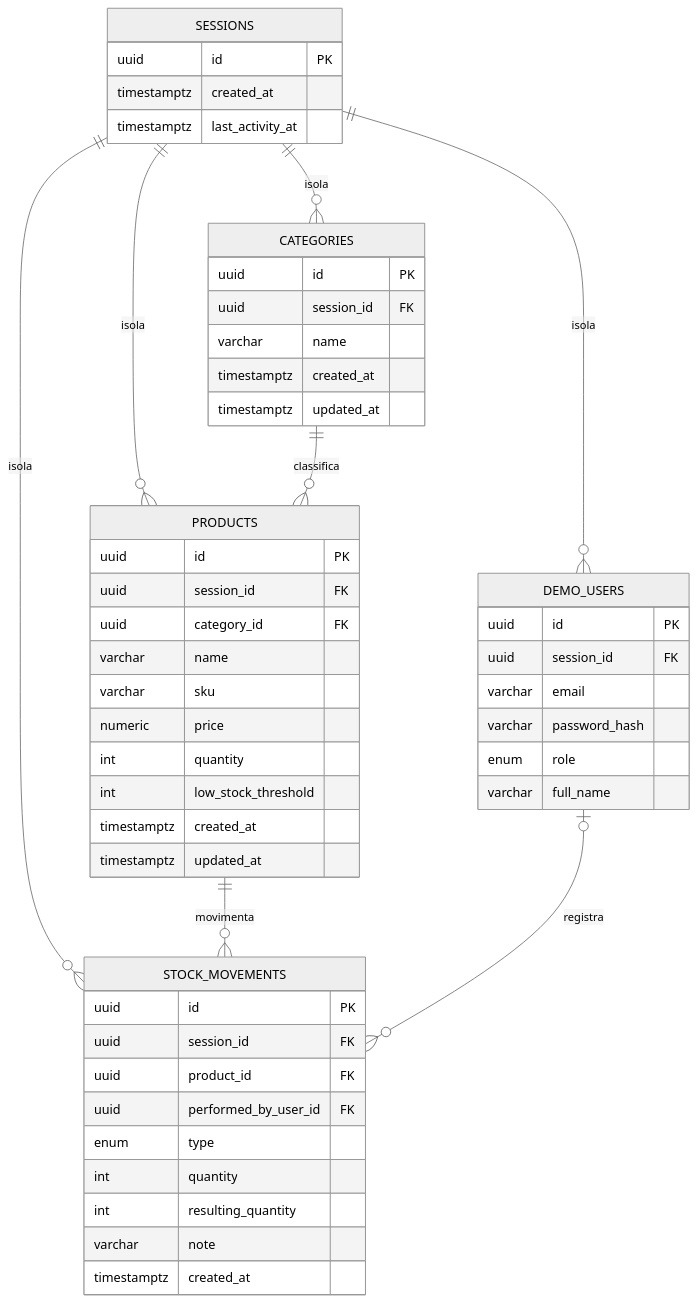
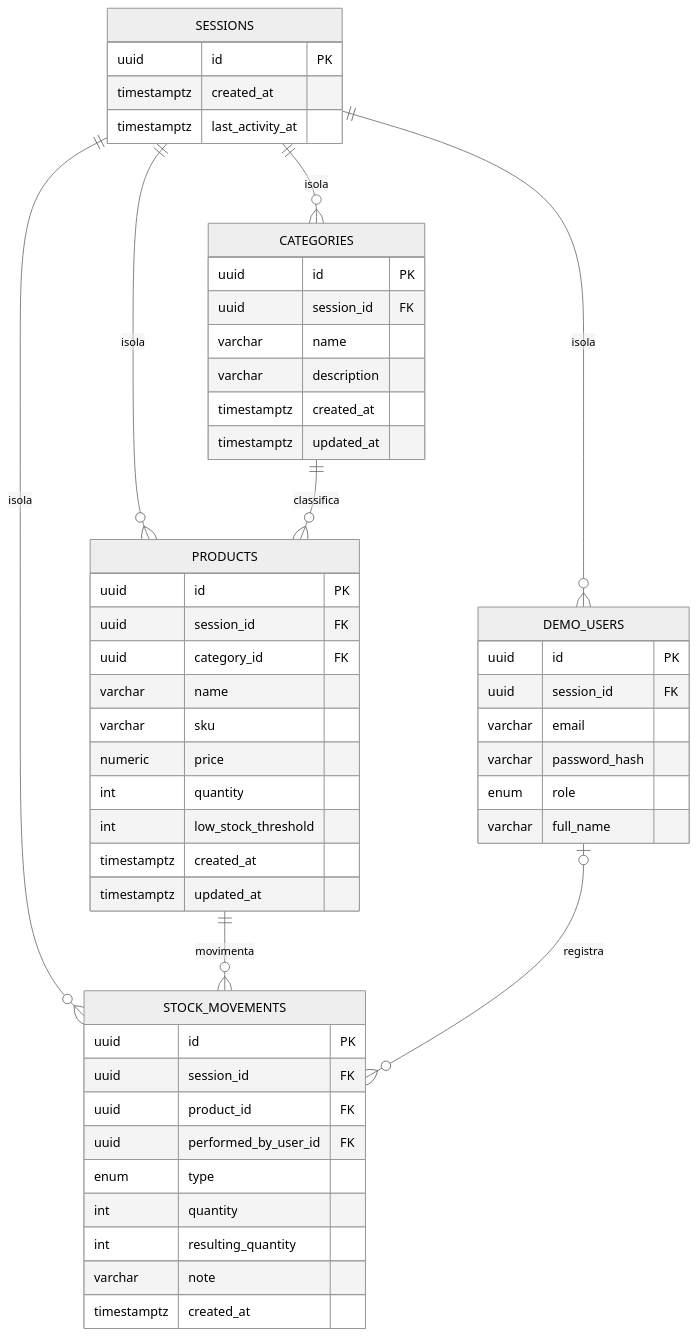
The diagram in docs/ARCHITECTURE.md (ffelipealves/estoca-erp), drawn with Mermaid (neutral theme) before and after one commit. The commit also changed other lines of this file and 7 other files, not shown here.

````diff
--- a/docs/ARCHITECTURE.md
+++ b/docs/ARCHITECTURE.md
@@ -72,54 +72,55 @@
 ```mermaid
 erDiagram
     SESSIONS ||--o{ DEMO_USERS : isola
     SESSIONS ||--o{ CATEGORIES : isola
     SESSIONS ||--o{ PRODUCTS : isola
     SESSIONS ||--o{ STOCK_MOVEMENTS : isola
     CATEGORIES ||--o{ PRODUCTS : classifica
     PRODUCTS ||--o{ STOCK_MOVEMENTS : movimenta
     DEMO_USERS |o--o{ STOCK_MOVEMENTS : registra
 
     SESSIONS {
         uuid id PK
         timestamptz created_at
         timestamptz last_activity_at
     }
     DEMO_USERS {
         uuid id PK
         uuid session_id FK
         varchar email
         varchar password_hash
         enum role
         varchar full_name
     }
     CATEGORIES {
         uuid id PK
         uuid session_id FK
         varchar name
+        varchar description
         timestamptz created_at
         timestamptz updated_at
     }
     PRODUCTS {
         uuid id PK
         uuid session_id FK
         uuid category_id FK
         varchar name
         varchar sku
         numeric price
         int quantity
         int low_stock_threshold
         timestamptz created_at
         timestamptz updated_at
     }
     STOCK_MOVEMENTS {
         uuid id PK
         uuid session_id FK
         uuid product_id FK
         uuid performed_by_user_id FK
         enum type
         int quantity
         int resulting_quantity
         varchar note
         timestamptz created_at
     }
 ```
````
